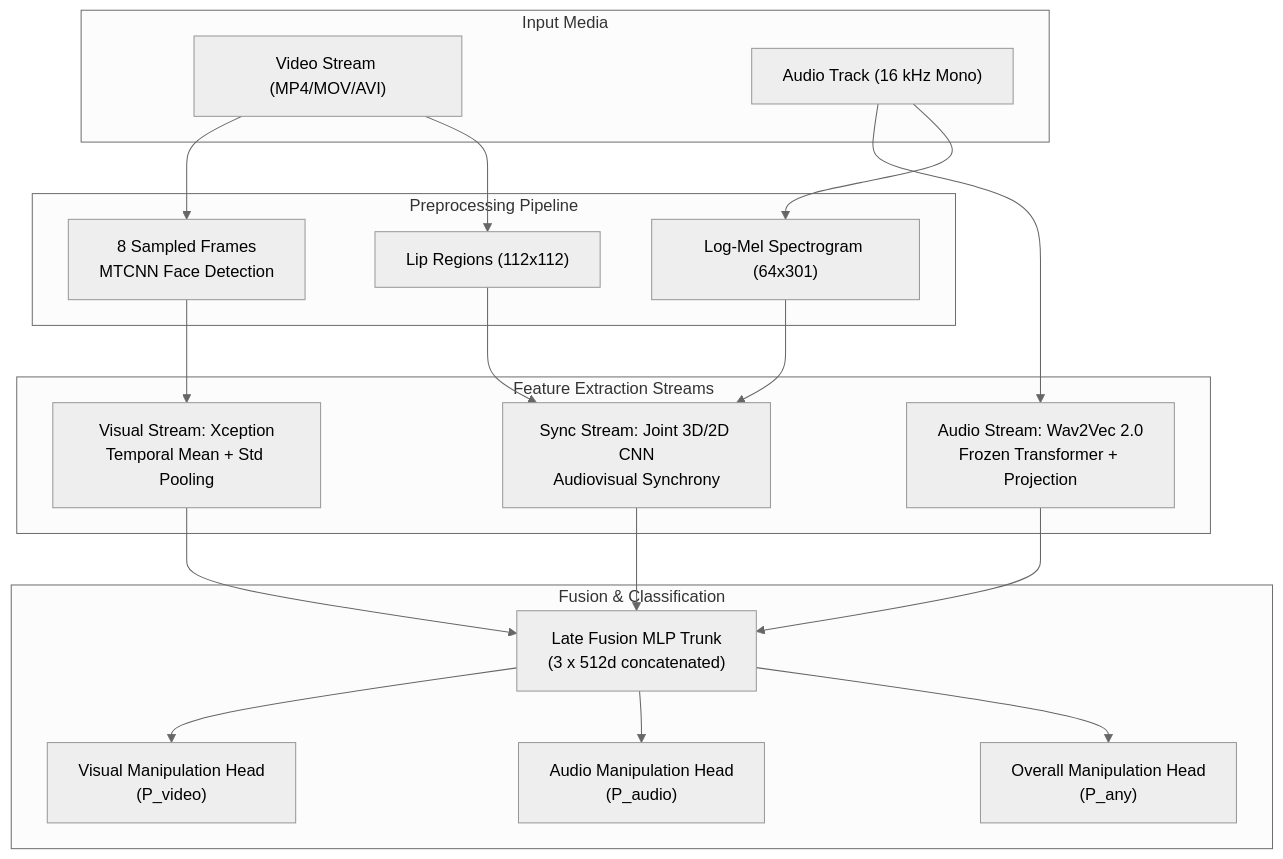
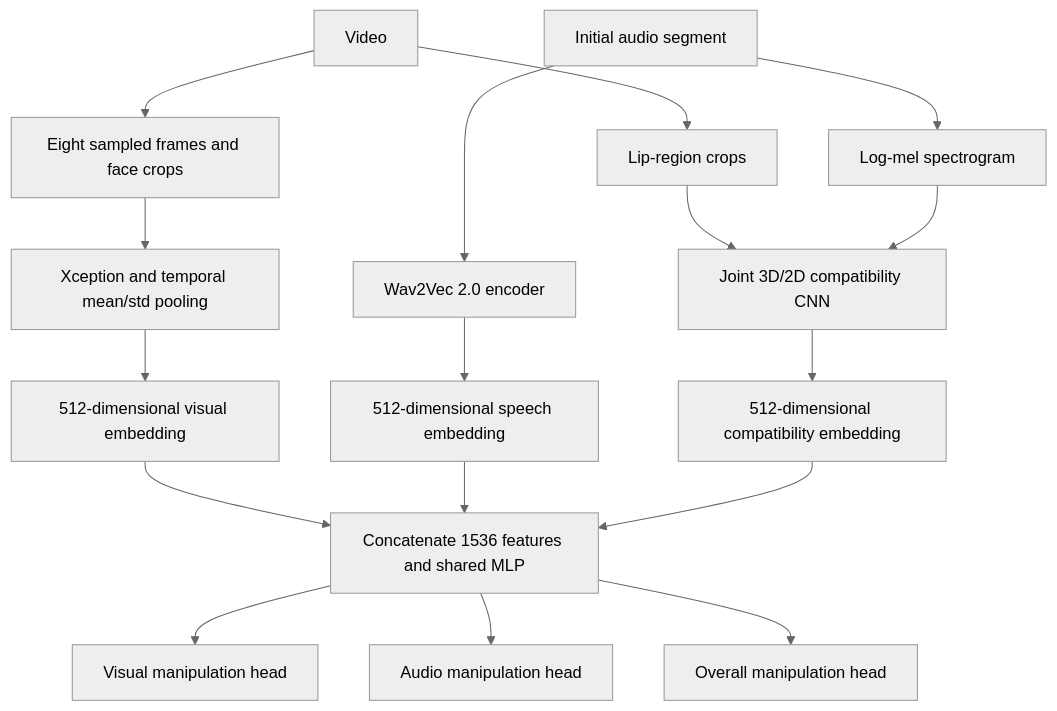
The diagram in README.md (Abhijeet12N/Multimodal-deepfake), drawn with Mermaid (neutral theme) before and after one commit. The commit also changed other lines of this file and 1 other file, not shown here.

````diff
--- a/README.md
+++ b/README.md
@@ -19,39 +140,19 @@
 ```mermaid
 flowchart TD
-    subgraph Input["Input Media"]
-        V["Video Stream (MP4/MOV/AVI)"]
-        A["Audio Track (16 kHz Mono)"]
-    end
-
-    subgraph Preprocessing["Preprocessing Pipeline"]
-        F["8 Sampled Frames<br/>MTCNN Face Detection"]
-        L["Lip Regions (112x112)"]
-        M["Log-Mel Spectrogram (64x301)"]
-    end
-
-    subgraph FeatureStreams["Feature Extraction Streams"]
-        X["Visual Stream: Xception<br/>Temporal Mean + Std Pooling"]
-        W["Audio Stream: Wav2Vec 2.0<br/>Frozen Transformer + Projection"]
-        S["Sync Stream: Joint 3D/2D CNN<br/>Audiovisual Synchrony"]
-    end
-
-    subgraph LateFusion["Fusion & Classification"]
-        MLP["Late Fusion MLP Trunk<br/>(3 x 512d concatenated)"]
-        H1["Visual Manipulation Head<br/>(P_video)"]
-        H2["Audio Manipulation Head<br/>(P_audio)"]
-        H3["Overall Manipulation Head<br/>(P_any)"]
-    end
-
-    V --> F --> X
-    V --> L --> S
-    A --> W
-    A --> M --> S
-
-    X --> MLP
-    W --> MLP
-    S --> MLP
-
-    MLP --> H1
-    MLP --> H2
-    MLP --> H3
+    V[Video] --> F[Eight sampled frames and face crops]
+    V --> L[Lip-region crops]
+    A[Initial audio segment] --> W[Wav2Vec 2.0 encoder]
+    A --> M[Log-mel spectrogram]
+    F --> X[Xception and temporal mean/std pooling]
+    L --> S[Joint 3D/2D compatibility CNN]
+    M --> S
+    X --> I[512-dimensional visual embedding]
+    W --> E[512-dimensional speech embedding]
+    S --> C[512-dimensional compatibility embedding]
+    I --> T[Concatenate 1536 features and shared MLP]
+    E --> T
+    C --> T
+    T --> H1[Visual manipulation head]
+    T --> H2[Audio manipulation head]
+    T --> H3[Overall manipulation head]
 ```
````
